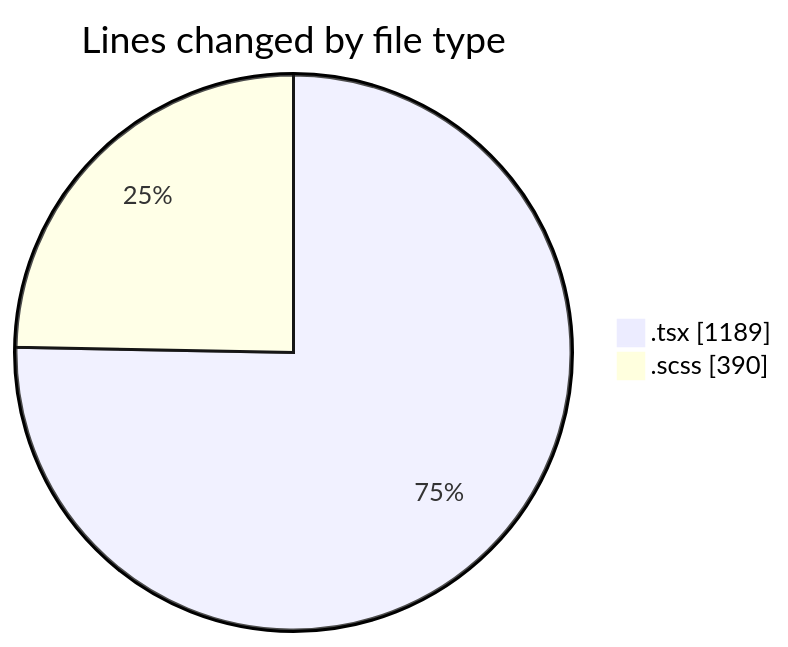
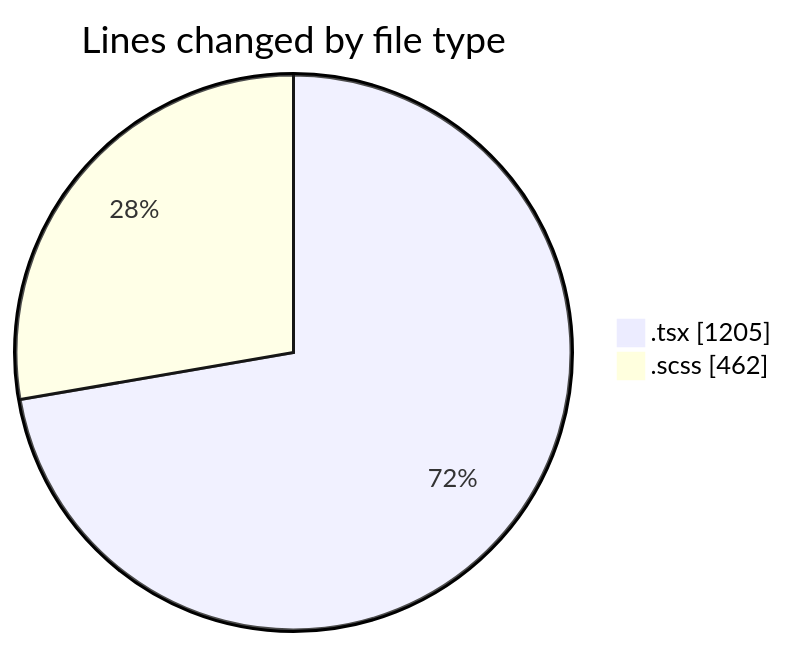
The first of 2 diagrams in 2026-08-26/cda/README.md (momahboobian/code-tracking), drawn with Mermaid before and after one commit. The commit also changed other lines of this file and 1 other file, not shown here.

````diff
--- a/2026-08-26/cda/README.md
+++ b/2026-08-26/cda/README.md
@@ -29,6 +29,6 @@
 ```mermaid
 pie showData
 title Lines changed by file type
-".tsx" : 1189
-".scss" : 390
+".tsx" : 1205
+".scss" : 462
 ```
````
